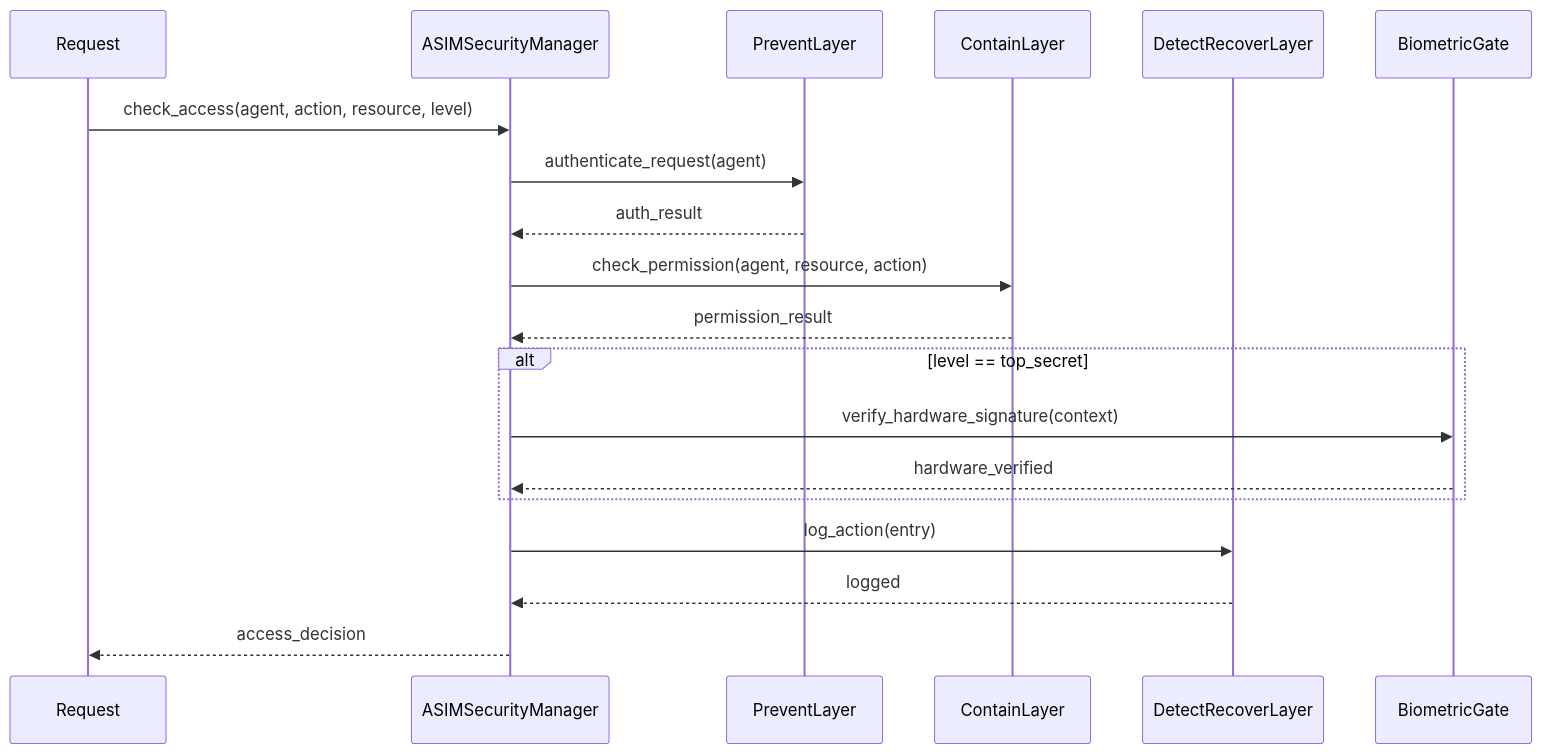
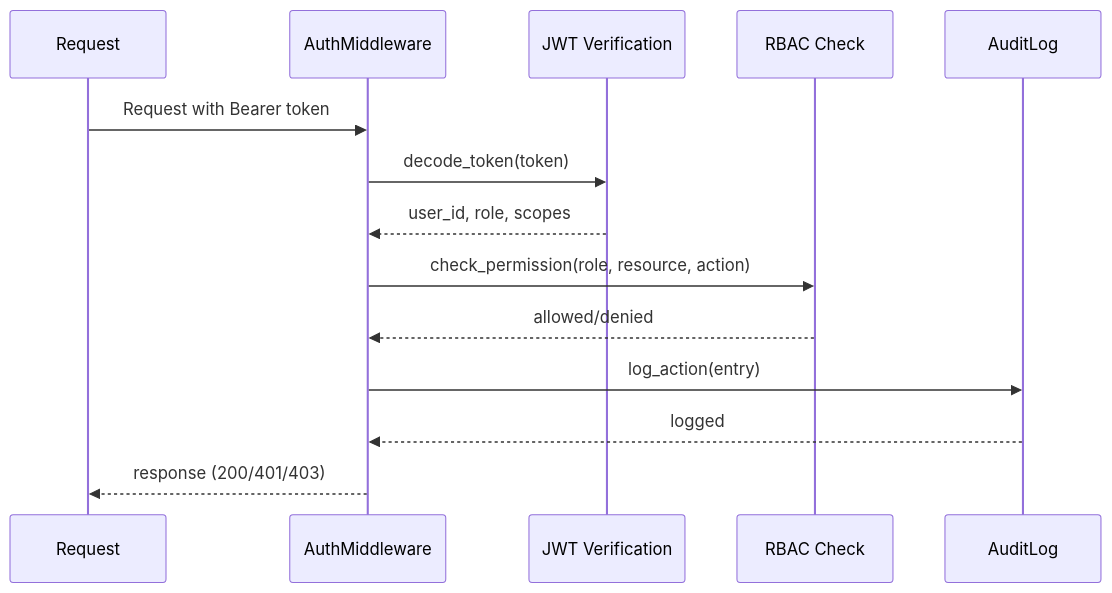
One commit to Asim-Nexus/AsimNexus changed the second of 3 diagrams in docs/operations/SECURITY_MODEL_SUMMARY.md. Above: the diagram before and after it, drawn with Mermaid. The commit also changed other lines of this file and 2428 other files, not shown here.

````diff
--- a/docs/operations/SECURITY_MODEL_SUMMARY.md
+++ b/docs/operations/SECURITY_MODEL_SUMMARY.md
@@ -116,22 +116,17 @@
 ```mermaid
 sequenceDiagram
     participant R as Request
-    participant PM as ASIMSecurityManager
-    participant PL as PreventLayer
-    participant CL as ContainLayer
-    participant DL as DetectRecoverLayer
-    participant BG as BiometricGate
+    participant AM as AuthMiddleware
+    participant JWT as JWT Verification
+    participant RBAC as RBAC Check
+    participant AUDIT as AuditLog
 
-    R->>PM: check_access(agent, action, resource, level)
-    PM->>PL: authenticate_request(agent)
-    PL-->>PM: auth_result
-    PM->>CL: check_permission(agent, resource, action)
-    CL-->>PM: permission_result
-    alt level == top_secret
-        PM->>BG: verify_hardware_signature(context)
-        BG-->>PM: hardware_verified
-    end
-    PM->>DL: log_action(entry)
-    DL-->>PM: logged
-    PM-->>R: access_decision
+    R->>AM: Request with Bearer token
+    AM->>JWT: decode_token(token)
+    JWT-->>AM: user_id, role, scopes
+    AM->>RBAC: check_permission(role, resource, action)
+    RBAC-->>AM: allowed/denied
+    AM->>AUDIT: log_action(entry)
+    AUDIT-->>AM: logged
+    AM-->>R: response (200/401/403)
 ```
````
